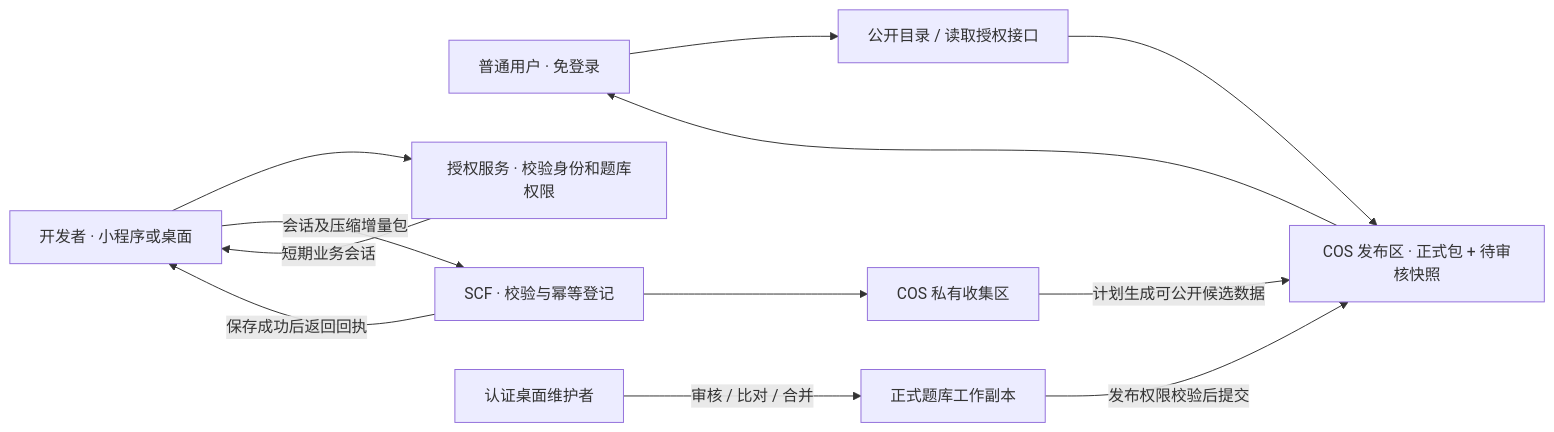
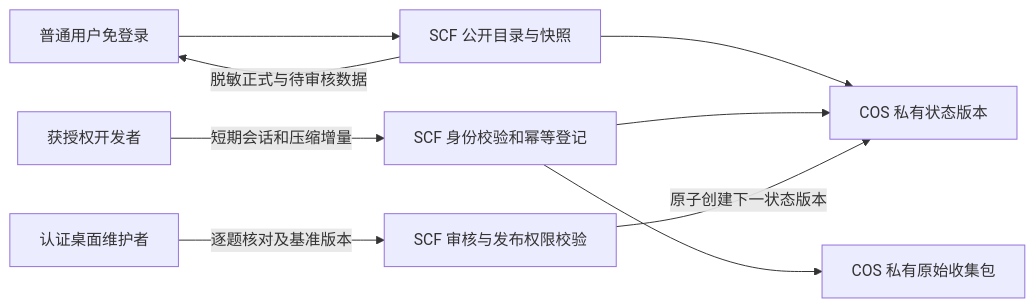
Before and after one commit to qingye0312-cpu/question-bank: the second of 2 diagrams in 开发文档.md, drawn with Mermaid. The commit also changed other lines of this file and 65 other files, not shown here.

````diff
--- a/开发文档.md
+++ b/开发文档.md
@@ -618,14 +649,11 @@
 ```mermaid
 flowchart LR
-  U[普通用户 · 免登录] --> R[公开目录 / 读取授权接口]
-  R --> P[COS 发布区 · 正式包 + 待审核快照]
-  DEV[开发者 · 小程序或桌面] --> A[授权服务 · 校验身份和题库权限]
-  A -->|短期业务会话| DEV
-  DEV -->|会话及压缩增量包| V[SCF · 校验与幂等登记]
-  V --> IN[COS 私有收集区]
-  V -->|保存成功后返回回执| DEV
-  IN -->|计划生成可公开候选数据| P
-  ADM[认证桌面维护者] -->|审核 / 比对 / 合并| DB[正式题库工作副本]
-  DB -->|发布权限校验后提交| P
-  P --> U
+  U[普通用户免登录] --> R[SCF 公开目录与快照]
+  R --> P[COS 私有状态版本]
+  DEV[获授权开发者] -->|短期会话和压缩增量| A[SCF 身份校验和幂等登记]
+  A --> IN[COS 私有原始收集包]
+  A --> P
+  D[认证桌面维护者] -->|逐题核对及基准版本| W[SCF 审核与发布权限校验]
+  W -->|原子创建下一状态版本| P
+  R -->|脱敏正式与待审核数据| U
 ```
````
